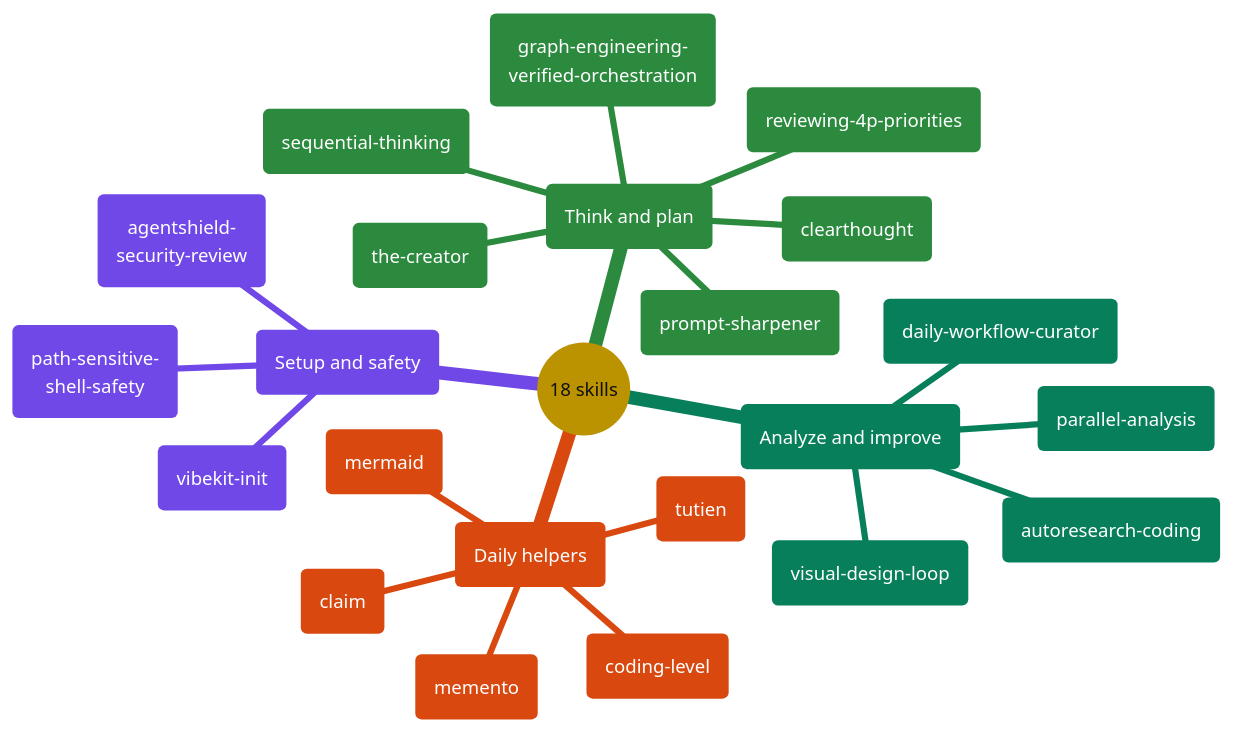
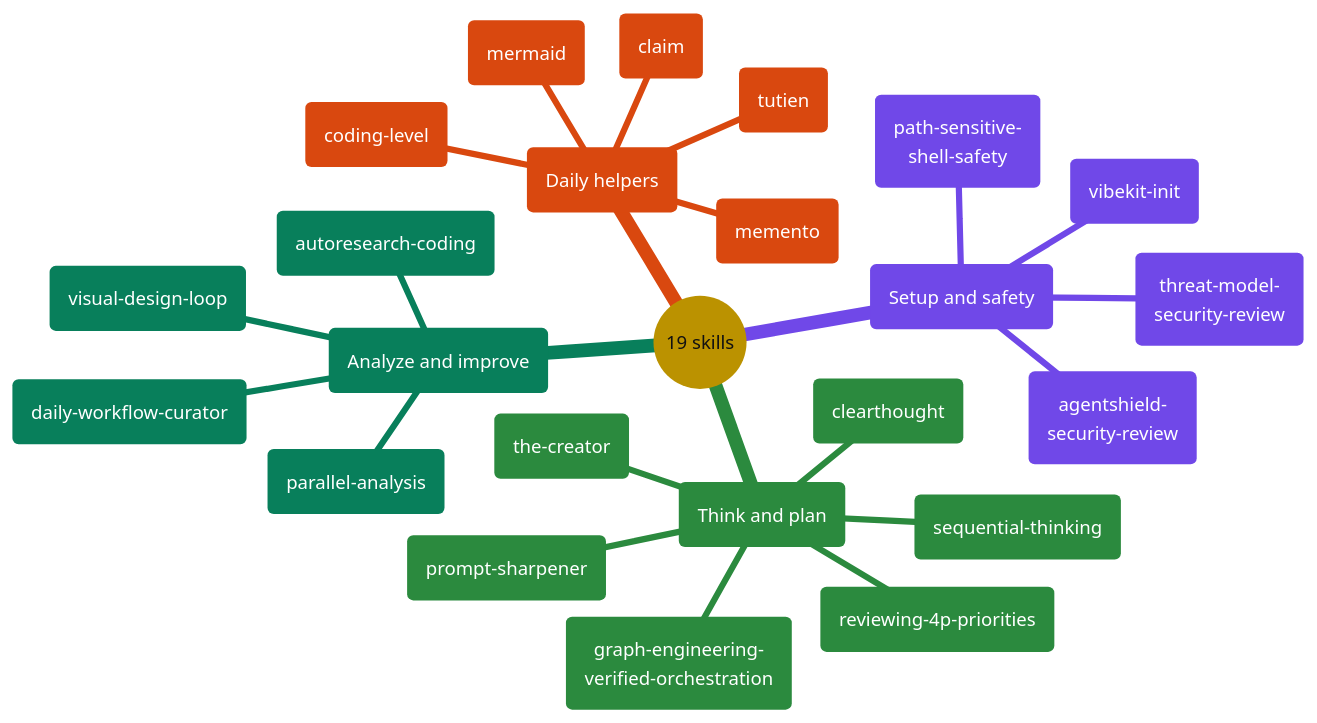
Before and after one commit to giang6283623/minimal-vibe-coding-kit: the fifth of 8 diagrams in README.md, drawn with Mermaid. The commit also changed other lines of this file and 46 other files, not shown here.

````diff
--- a/README.md
+++ b/README.md
@@ -346,59 +346,60 @@
 ```mermaid
 ---
 config:
   theme: base
   themeCSS: >-
     .mindmap-node:not(.section-root):not(.section--1) text,
     .mindmap-node:not(.section-root):not(.section--1) tspan
     { fill: #FFFFFF !important; }
     .mindmap-node:not(.section-root):not(.section--1) div,
     .mindmap-node:not(.section-root):not(.section--1) span,
     .mindmap-node:not(.section-root):not(.section--1) p
     { color: #FFFFFF !important; }
   themeVariables:
     darkMode: false
     fontFamily: cascadia mono, consolas, noto sans mono, menlo, monospace
     fontSize: 15px
     lineColor: "#888888"
     textColor: "#111111"
     primaryColor: "#FFD43B"
     primaryTextColor: "#111111"
     primaryBorderColor: "#444444"
     cScale0: "#1971C2"
     cScale1: "#7048E8"
     cScale2: "#2B8A3E"
     cScale3: "#087F5B"
     cScale4: "#D9480F"
     cScale5: "#C2255C"
     cScaleLabel0: "#FFFFFF"
     cScaleLabel1: "#FFFFFF"
     cScaleLabel2: "#FFFFFF"
     cScaleLabel3: "#FFFFFF"
     cScaleLabel4: "#FFFFFF"
     cScaleLabel5: "#FFFFFF"
 ---
 mindmap
-  root(("18 skills"))
+  root(("19 skills"))
     setup("Setup and safety")
       s1("vibekit-init")
       s2("agentshield-<br/>security-review")
       s3("path-sensitive-<br/>shell-safety")
+      s4("threat-model-<br/>security-review")
     think("Think and plan")
       t1("clearthought")
       t2("sequential-thinking")
       t3("prompt-sharpener")
       t4("reviewing-4p-priorities")
       t5("graph-engineering-<br/>verified-orchestration")
       t6("the-creator")
     analyze("Analyze and improve")
       a1("parallel-analysis")
       a2("autoresearch-coding")
       a3("daily-workflow-curator")
       a4("visual-design-loop")
     helpers("Daily helpers")
       h1("memento")
       h2("coding-level")
       h3("mermaid")
       h4("claim")
       h5("tutien")
 ```
````
